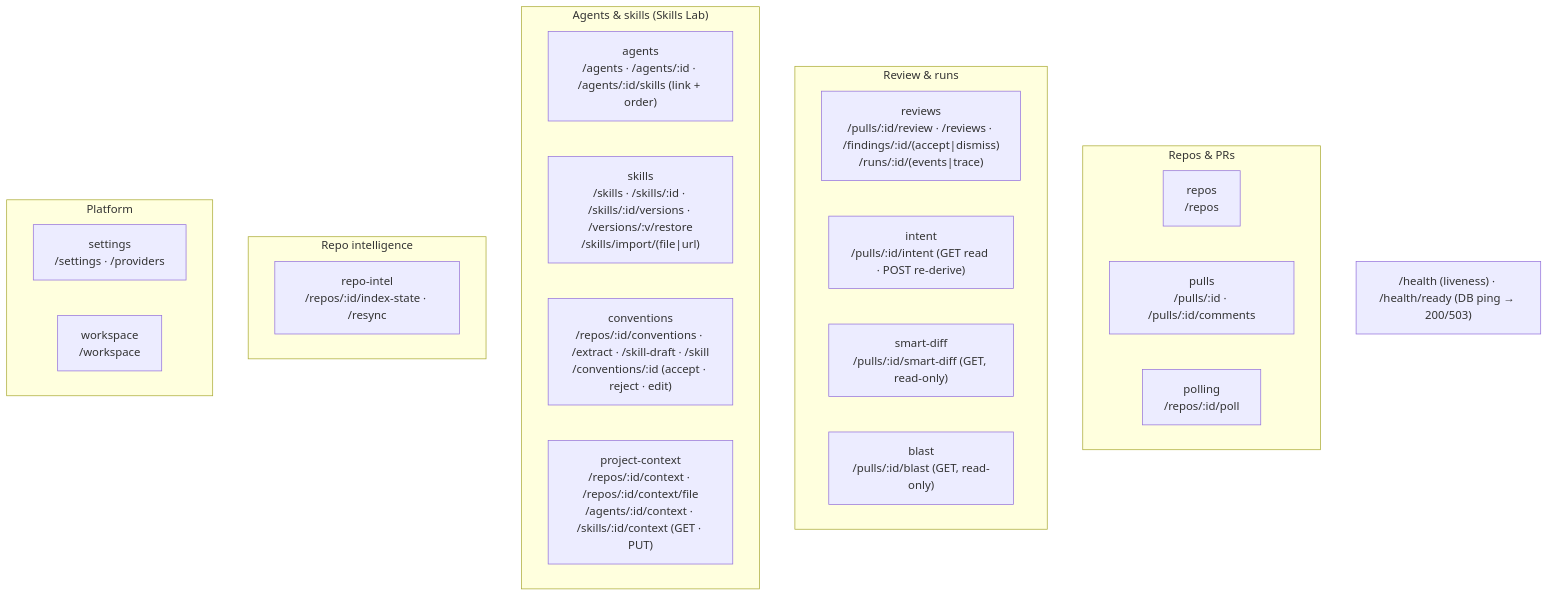
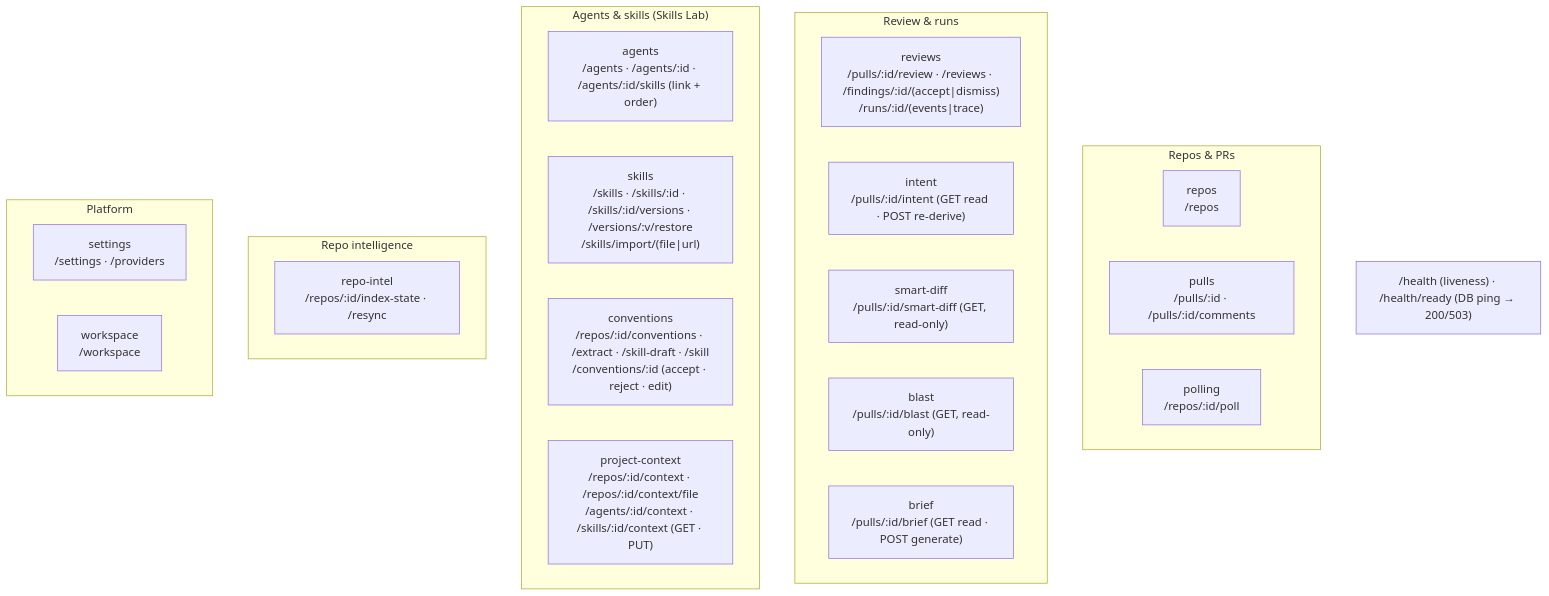
The second of 2 diagrams in server/README.md (yrazub/dev-digest), drawn with Mermaid before and after one commit. The commit also changed other lines of this file and 18 other files, not shown here.

````diff
--- a/server/README.md
+++ b/server/README.md
@@ -69,28 +69,29 @@
 ```mermaid
 flowchart TB
   subgraph Repos_PRs["Repos & PRs"]
     repos["repos<br/>/repos"]
     pulls["pulls<br/>/pulls/:id · /pulls/:id/comments"]
     polling["polling<br/>/repos/:id/poll"]
   end
   subgraph Review["Review & runs"]
     reviews["reviews<br/>/pulls/:id/review · /reviews · /findings/:id/(accept|dismiss)<br/>/runs/:id/(events|trace)"]
     intent["intent<br/>/pulls/:id/intent (GET read · POST re-derive)"]
     smartDiff["smart-diff<br/>/pulls/:id/smart-diff (GET, read-only)"]
     blast["blast<br/>/pulls/:id/blast (GET, read-only)"]
+    brief["brief<br/>/pulls/:id/brief (GET read · POST generate)"]
   end
   subgraph Agents["Agents & skills (Skills Lab)"]
     agents["agents<br/>/agents · /agents/:id · /agents/:id/skills (link + order)"]
     skills["skills<br/>/skills · /skills/:id · /skills/:id/versions · /versions/:v/restore<br/>/skills/import/(file|url)"]
     conventions["conventions<br/>/repos/:id/conventions · /extract · /skill-draft · /skill<br/>/conventions/:id (accept · reject · edit)"]
     projectContext["project-context<br/>/repos/:id/context · /repos/:id/context/file<br/>/agents/:id/context · /skills/:id/context (GET · PUT)"]
   end
   subgraph Intel["Repo intelligence"]
     repoIntel["repo-intel<br/>/repos/:id/index-state · /resync"]
   end
   subgraph Platform["Platform"]
     settings["settings<br/>/settings · /providers"]
     workspace["workspace<br/>/workspace"]
   end
   HEALTH["/health (liveness) · /health/ready (DB ping → 200/503)"]
 ```
````
